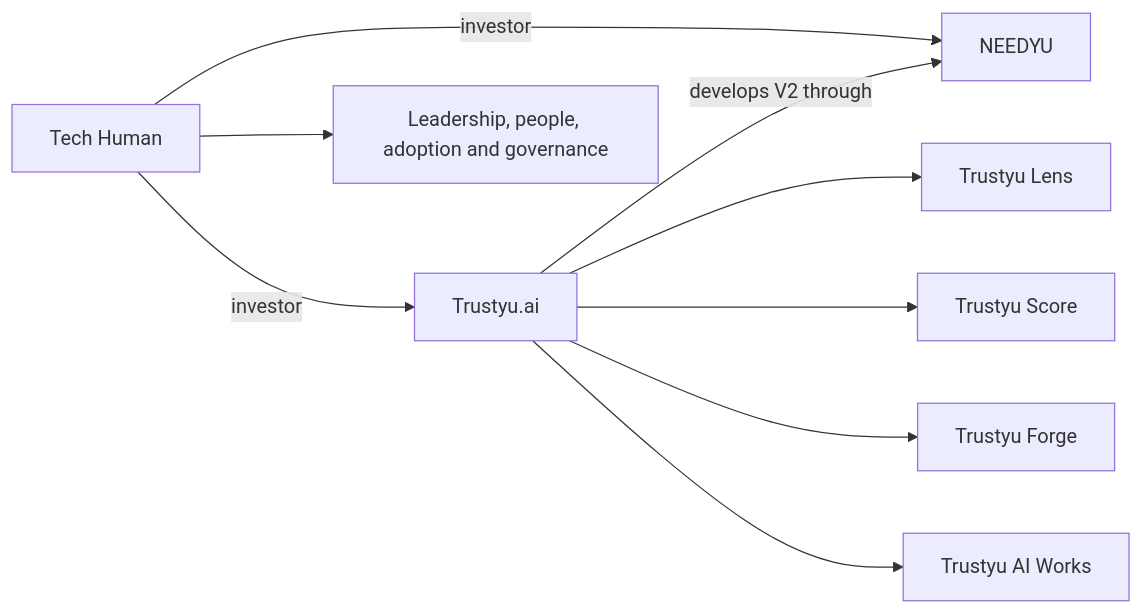
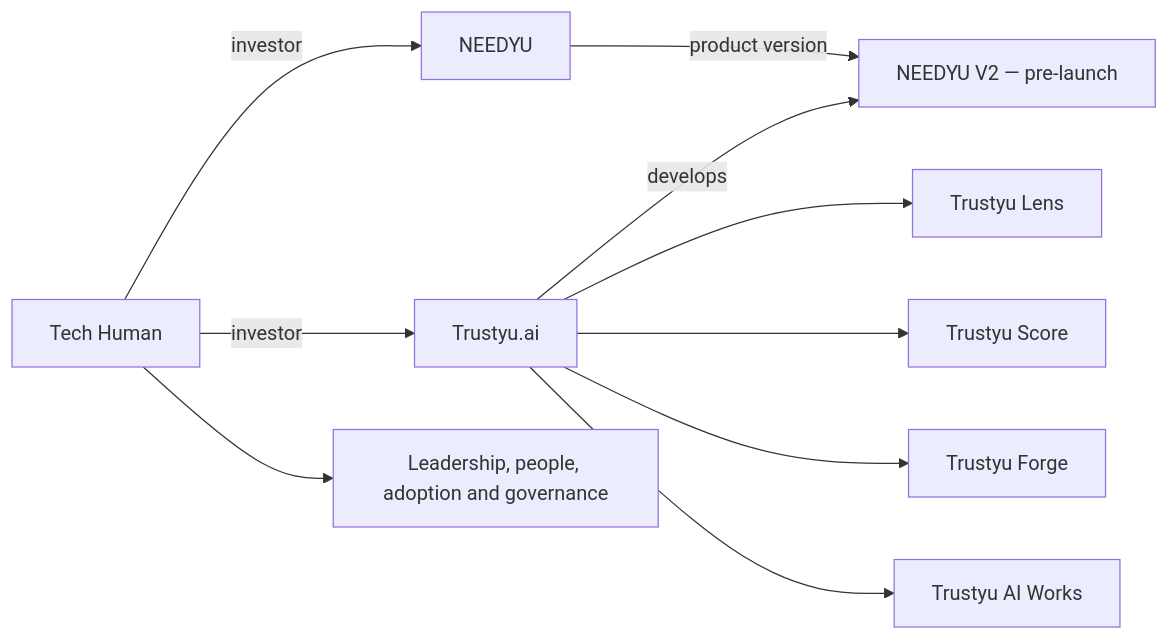
The diagram in profile/README.md (TECH-HUMAN/.github), drawn with Mermaid before and after one commit. The commit also changed other lines of this file and 1 other file, not shown here.

Commit message:
fix(profile): distinguish pre-launch V2 and internal provenance

````diff
--- a/profile/README.md
+++ b/profile/README.md
@@ -12,11 +12,12 @@
 ```mermaid
 flowchart LR
   TH[Tech Human] -->|investor| T[Trustyu.ai]
   TH -->|investor| N[NEEDYU]
-  T -->|develops V2 through| N
+  N -->|product version| NV2[NEEDYU V2 — pre-launch]
+  T -->|develops| NV2
   T --> L[Trustyu Lens]
   T --> S[Trustyu Score]
   T --> F[Trustyu Forge]
   T --> W[Trustyu AI Works]
   TH --> O[Leadership, people, adoption and governance]
 ```
````
